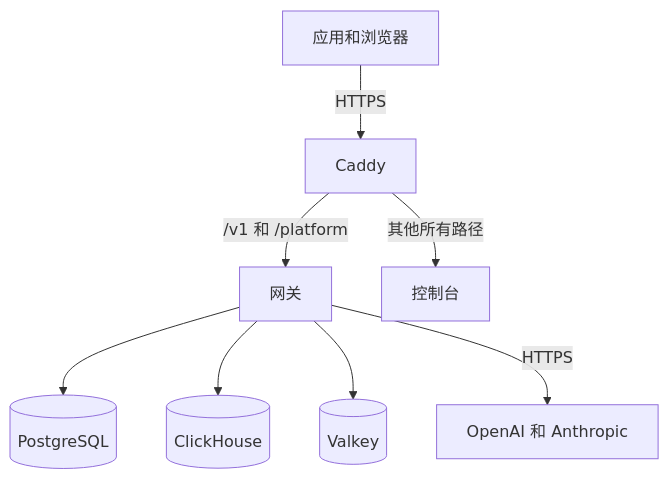
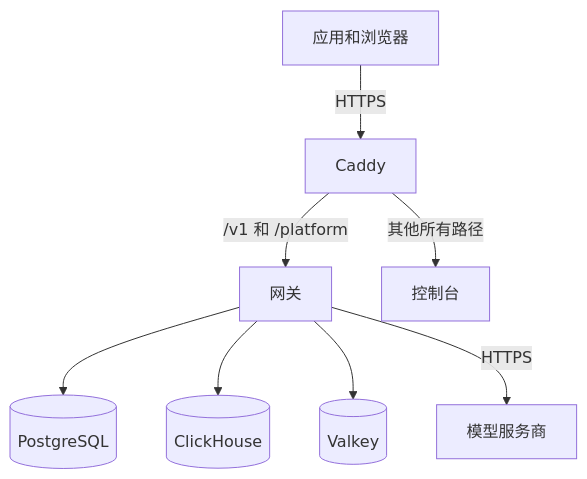
Before and after one commit to logicplanes/kaeso: the diagram in apps/docs/content/zh-CN/self-hosting/how-it-works.md, drawn with Mermaid. The commit also changed 119 other files, not shown here.

````diff
--- a/apps/docs/content/zh-CN/self-hosting/how-it-works.md
+++ b/apps/docs/content/zh-CN/self-hosting/how-it-works.md
@@ -10,12 +10,12 @@
 ```mermaid
 flowchart TD
   accTitle: Kaeso 实例中的服务
   accDescr: Caddy 接收 HTTPS 请求，把 API 请求转给网关，其余请求转给控制台。只有网关能访问 PostgreSQL、ClickHouse 和 Valkey，并由网关调用服务商。
   clients[应用和浏览器] -->|HTTPS| caddy[Caddy]
   caddy -->|/v1 和 /platform| gateway[网关]
   caddy -->|其他所有路径| console[控制台]
   gateway --> postgres[(PostgreSQL)]
   gateway --> clickhouse[(ClickHouse)]
   gateway --> valkey[(Valkey)]
-  gateway -->|HTTPS| providers[OpenAI 和 Anthropic]
+  gateway -->|HTTPS| providers[模型服务商]
 ```
````
